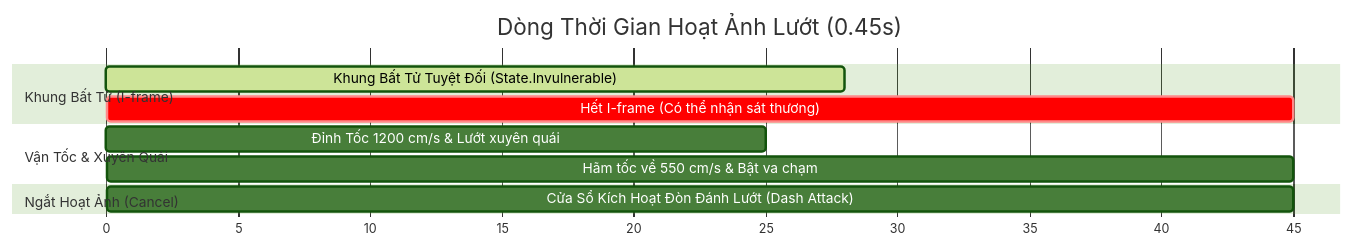
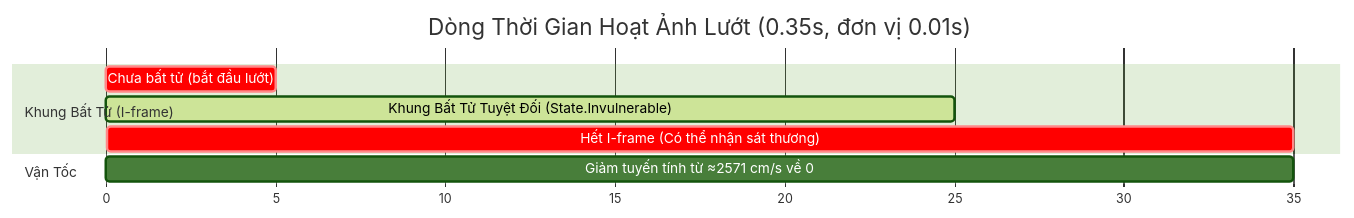
Before and after one commit to kenzings-ng/ProjectAscendant: the first of 2 diagrams in design/gdd/dash-evasion.md, drawn with Mermaid (forest theme). The commit also changed other lines of this file and 22 other files, not shown here.

````diff
--- a/design/gdd/dash-evasion.md
+++ b/design/gdd/dash-evasion.md
@@ -37,14 +39,12 @@
 ```mermaid
 gantt
-    title Dòng Thời Gian Hoạt Ảnh Lướt (0.45s)
+    title Dòng Thời Gian Hoạt Ảnh Lướt (0.35s, đơn vị 0.01s)
     dateFormat X
     axisFormat %s
     section Khung Bất Tử (I-frame)
-    Khung Bất Tử Tuyệt Đối (State.Invulnerable) :active, 0, 28
-    Hết I-frame (Có thể nhận sát thương) :crit, 28, 45
-    section Vận Tốc & Xuyên Quái
-    Đỉnh Tốc 1200 cm/s & Lướt xuyên quái :0, 25
-    Hãm tốc về 550 cm/s & Bật va chạm :25, 45
-    section Ngắt Hoạt Ảnh (Cancel)
-    Cửa Sổ Kích Hoạt Đòn Đánh Lướt (Dash Attack) :35, 45
+    Chưa bất tử (bắt đầu lướt) :crit, 0, 5
+    Khung Bất Tử Tuyệt Đối (State.Invulnerable) :active, 5, 25
+    Hết I-frame (Có thể nhận sát thương) :crit, 25, 35
+    section Vận Tốc
+    Giảm tuyến tính từ ≈2571 cm/s về 0 :0, 35
 ```
````
